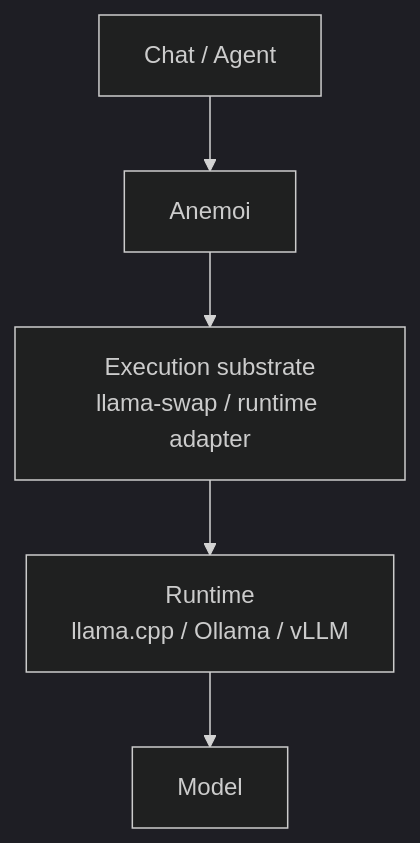
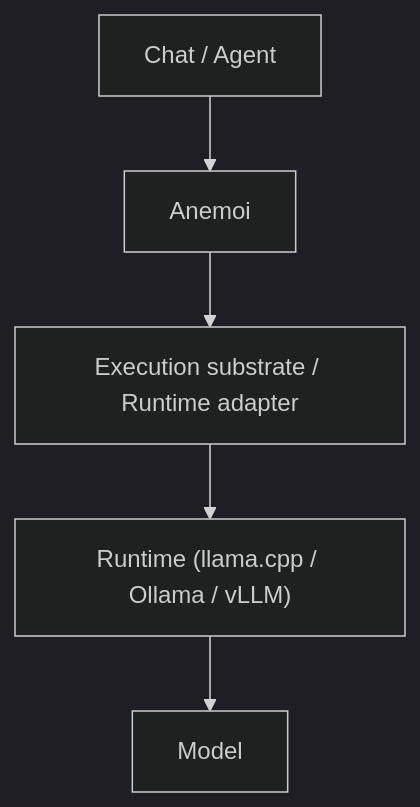
One commit to alucero270/anemoi changed the diagram in README.md. Above: the diagram before and after it, drawn with Mermaid (dark theme). The commit also changed other lines of this file, not shown here.

````diff
--- a/README.md
+++ b/README.md
@@ -69,7 +25,7 @@
 ```mermaid
 flowchart TD
     A["Chat / Agent"] --> B["Anemoi"]
-    B --> C["Execution substrate<br/>llama-swap / runtime adapter"]
-    C --> D["Runtime<br/>llama.cpp / Ollama / vLLM"]
+    B --> C["Execution substrate / Runtime adapter"]
+    C --> D["Runtime (llama.cpp / Ollama / vLLM)"]
     D --> E["Model"]
 ```
````
